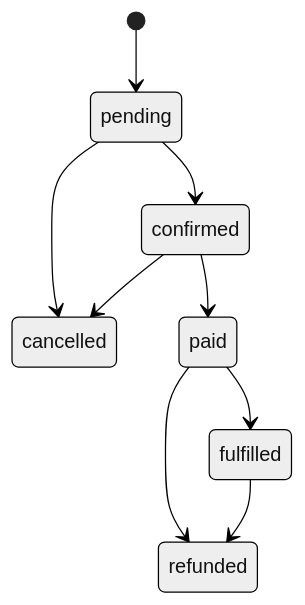
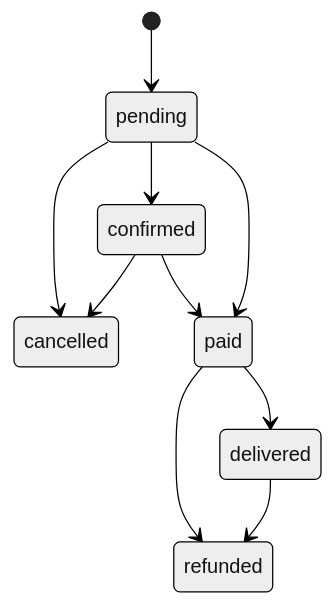
The third of 7 diagrams in README.md (SpySparsh/distributed-commerce-platform), drawn with Mermaid (neutral theme) before and after one commit. The commit also changed other lines of this file, not shown here.

````diff
--- a/README.md
+++ b/README.md
@@ -142,11 +142,12 @@
 ```mermaid
 stateDiagram-v2
   [*] --> pending
   pending --> confirmed
   pending --> cancelled
   confirmed --> paid
   confirmed --> cancelled
-  paid --> fulfilled
+  pending --> paid
+  paid --> delivered
   paid --> refunded
-  fulfilled --> refunded
+  delivered --> refunded
 ```
````
